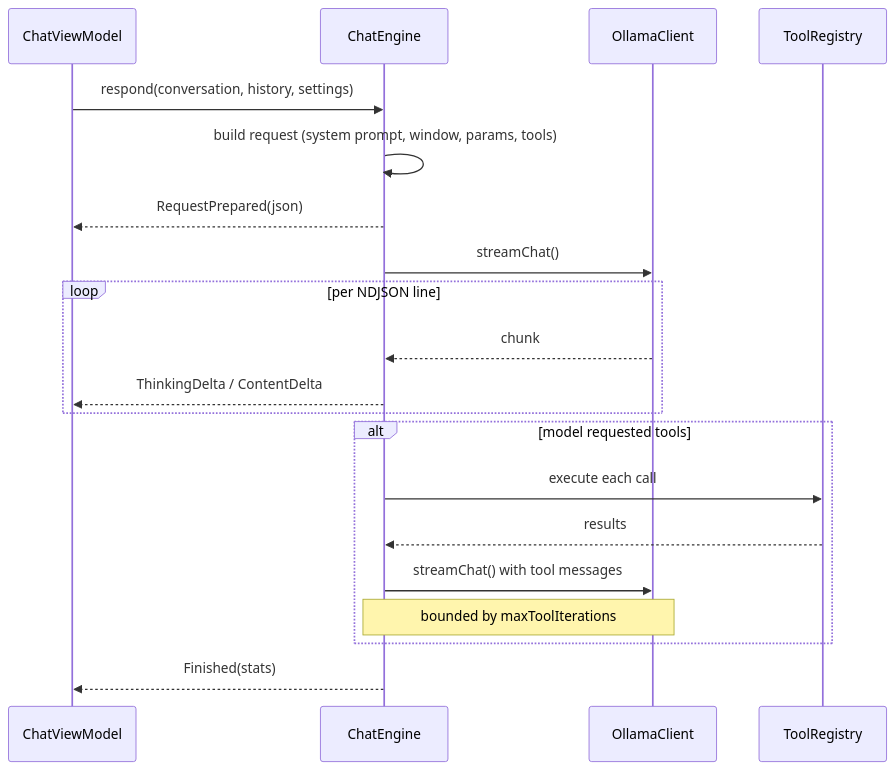
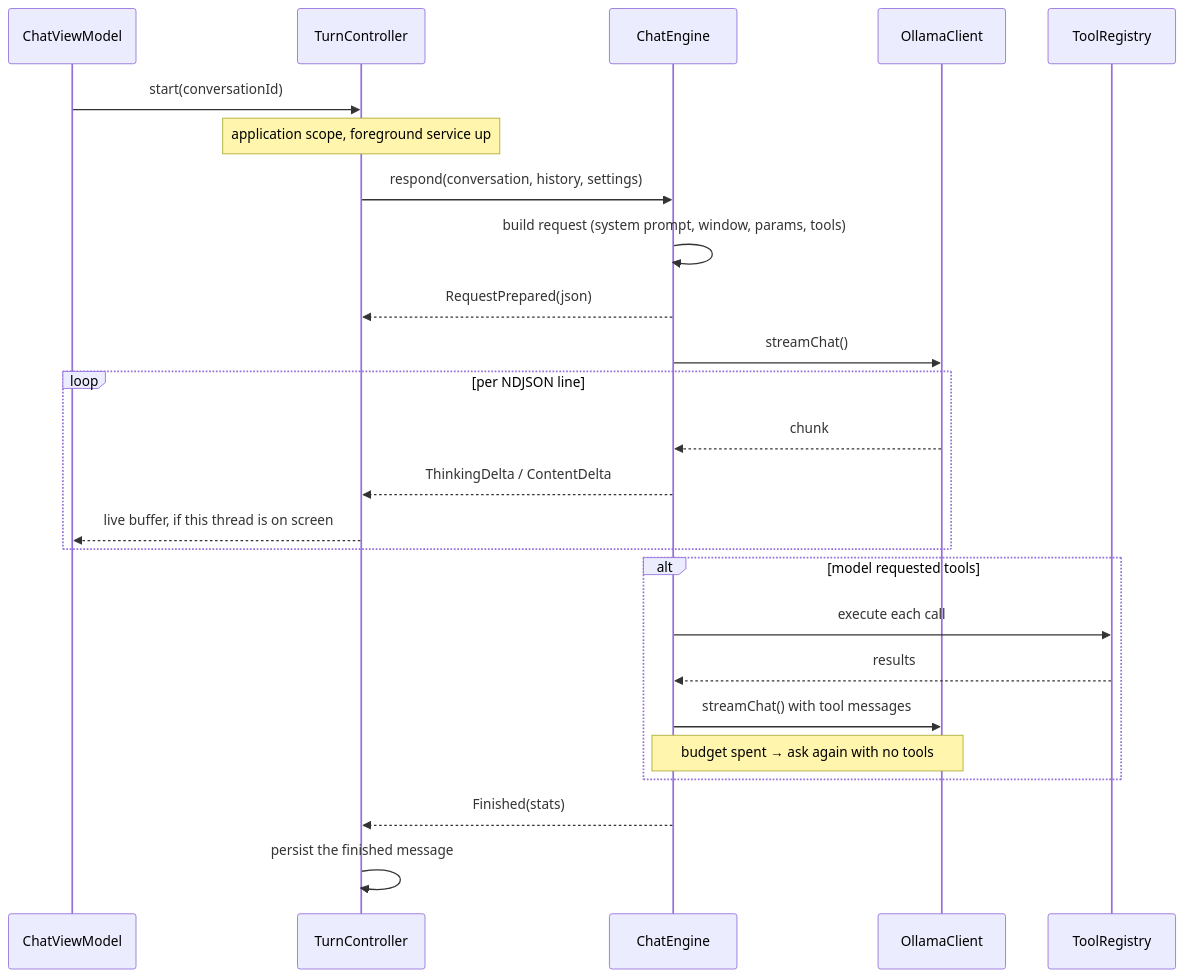
One commit to klaibercore/cirrus changed the second of 2 diagrams in README.md. Above: the diagram before and after it, drawn with Mermaid. The commit also changed other lines of this file and 3 other files, not shown here.

````diff
--- a/README.md
+++ b/README.md
@@ -206,23 +211,28 @@
 ```mermaid
 sequenceDiagram
     participant VM as ChatViewModel
+    participant C as TurnController
     participant E as ChatEngine
     participant O as OllamaClient
     participant T as ToolRegistry
 
-    VM->>E: respond(conversation, history, settings)
+    VM->>C: start(conversationId)
+    Note over C: application scope, foreground service up
+    C->>E: respond(conversation, history, settings)
     E->>E: build request (system prompt, window, params, tools)
-    E-->>VM: RequestPrepared(json)
+    E-->>C: RequestPrepared(json)
     E->>O: streamChat()
     loop per NDJSON line
         O-->>E: chunk
-        E-->>VM: ThinkingDelta / ContentDelta
+        E-->>C: ThinkingDelta / ContentDelta
+        C-->>VM: live buffer, if this thread is on screen
     end
     alt model requested tools
         E->>T: execute each call
         T-->>E: results
         E->>O: streamChat() with tool messages
-        Note over E,O: bounded by maxToolIterations
+        Note over E,O: budget spent → ask again with no tools
     end
-    E-->>VM: Finished(stats)
+    E-->>C: Finished(stats)
+    C->>C: persist the finished message
 ```
````
